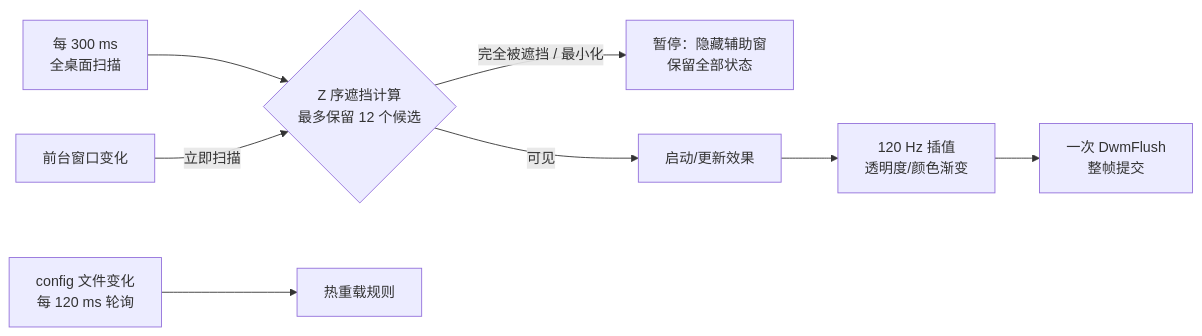
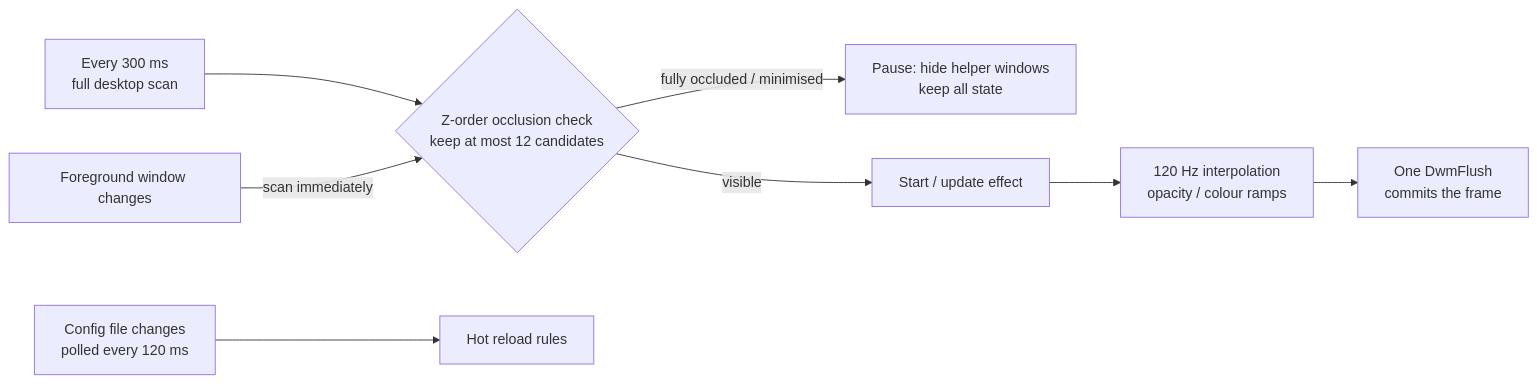
Before and after one commit to heathacosta259519-dot/WinGlass: the second of 2 diagrams in README.md, drawn with Mermaid. The commit also changed other lines of this file and 4 other files, not shown here.

````diff
--- a/README.md
+++ b/README.md
@@ -86,10 +90,10 @@
 ```mermaid
 flowchart LR
-    A["每 300 ms<br/>全桌面扫描"] --> B{"Z 序遮挡计算<br/>最多保留 12 个候选"}
-    B -->|完全被遮挡 / 最小化| C["暂停：隐藏辅助窗<br/>保留全部状态"]
-    B -->|可见| D["启动/更新效果"]
-    E["前台窗口变化"] -->|立即扫描| B
-    F["config 文件变化<br/>每 120 ms 轮询"] --> G["热重载规则"]
-    D --> H["120 Hz 插值<br/>透明度/颜色渐变"]
-    H --> I["一次 DwmFlush<br/>整帧提交"]
+    A["Every 300 ms<br/>full desktop scan"] --> B{"Z-order occlusion check<br/>keep at most 12 candidates"}
+    B -->|"fully occluded / minimised"| C["Pause: hide helper windows<br/>keep all state"]
+    B -->|visible| D["Start / update effect"]
+    E["Foreground window changes"] -->|"scan immediately"| B
+    F["Config file changes<br/>polled every 120 ms"] --> G["Hot reload rules"]
+    D --> H["120 Hz interpolation<br/>opacity / colour ramps"]
+    H --> I["One DwmFlush<br/>commits the frame"]
 ```
````
